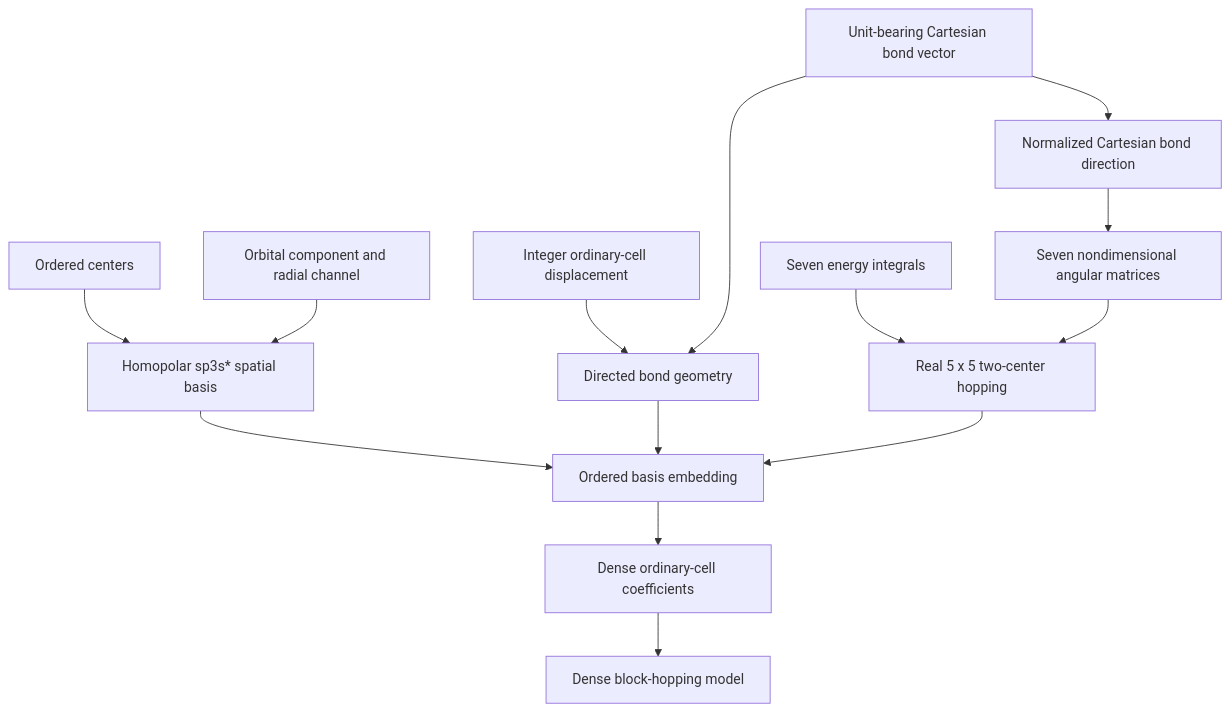
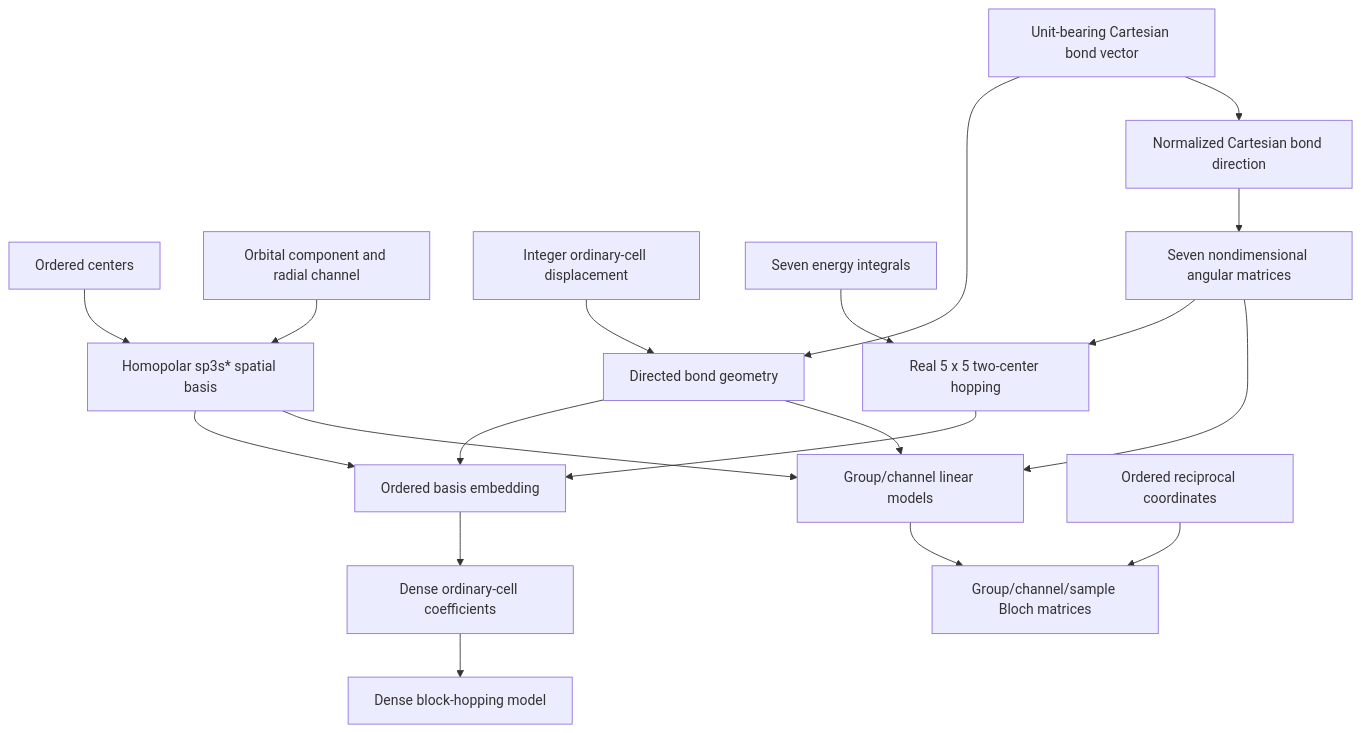
One commit to eragasa/projectkoios-physkit changed the diagram in docs/architecture/projectkoios/physkit/solidstate/tb/slater_koster/schematics.md. Above: the diagram before and after it, drawn with Mermaid. The commit also changed other lines of this file and 35 other files, not shown here.

````diff
--- a/docs/architecture/projectkoios/physkit/solidstate/tb/slater_koster/schematics.md
+++ b/docs/architecture/projectkoios/physkit/solidstate/tb/slater_koster/schematics.md
@@ -3,30 +3,38 @@
 ```mermaid
 flowchart TD
     C[Ordered centers]
     O[Orbital component and radial channel]
     B[Homopolar sp3s* spatial basis]
     R[Integer ordinary-cell displacement]
     X[Unit-bearing Cartesian bond vector]
     G[Directed bond geometry]
     D[Normalized Cartesian bond direction]
     V[Seven energy integrals]
     A[Seven nondimensional angular matrices]
     T[Real 5 x 5 two-center hopping]
     E[Ordered basis embedding]
     H[Dense ordinary-cell coefficients]
     M[Dense block-hopping model]
+    L[Group/channel linear models]
+    Q[Ordered reciprocal coordinates]
+    F[Group/channel/sample Bloch matrices]
 
     C --> B
     O --> B
     R --> G
     X --> G
     X --> D
     D --> A
     V --> T
     A --> T
     B --> E
     G --> E
     T --> E
     E --> H
     H --> M
+    A --> L
+    B --> L
+    G --> L
+    L --> F
+    Q --> F
 ```
````
